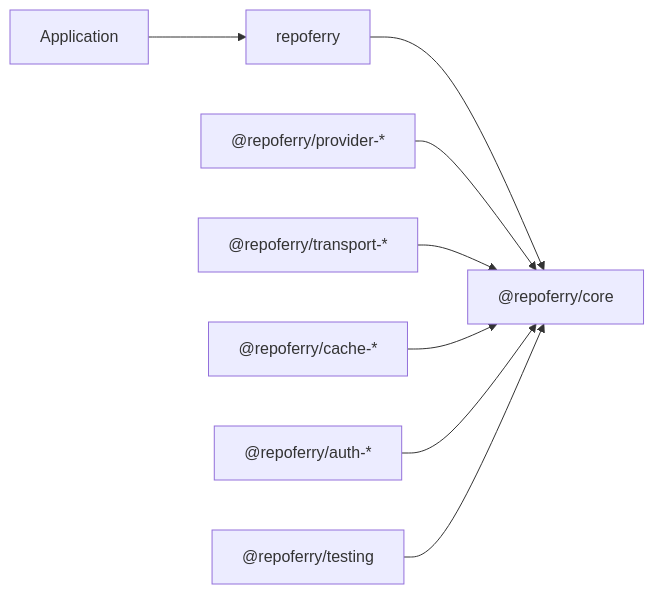
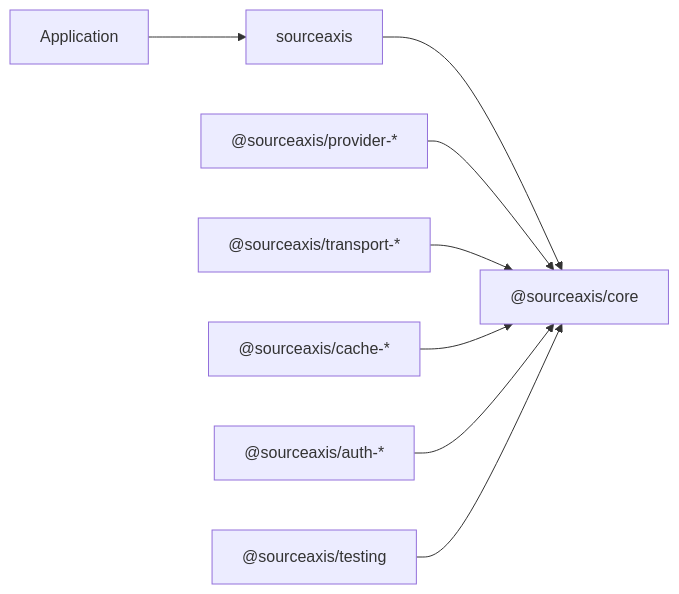
The fourth of 4 diagrams in docs/architecture/adr/ADR-003.md (mriduldey/git-bridge), drawn with Mermaid before and after one commit. The commit also changed other lines of this file and 118 other files, not shown here.

````diff
--- a/docs/architecture/adr/ADR-003.md
+++ b/docs/architecture/adr/ADR-003.md
@@ -685,29 +685,29 @@
 ```mermaid
 flowchart LR
 
 APP["Application"]
 
-ROOT["repoferry"]
+ROOT["sourceaxis"]
 
-CORE["@repoferry/core"]
+CORE["@sourceaxis/core"]
 
-PROVIDER["@repoferry/provider-*"]
+PROVIDER["@sourceaxis/provider-*"]
 
-TRANSPORT["@repoferry/transport-*"]
+TRANSPORT["@sourceaxis/transport-*"]
 
-CACHE["@repoferry/cache-*"]
+CACHE["@sourceaxis/cache-*"]
 
-AUTH["@repoferry/auth-*"]
+AUTH["@sourceaxis/auth-*"]
 
-TESTING["@repoferry/testing"]
+TESTING["@sourceaxis/testing"]
 
 APP --> ROOT
 
 ROOT --> CORE
 
 PROVIDER --> CORE
 TRANSPORT --> CORE
 CACHE --> CORE
 AUTH --> CORE
 TESTING --> CORE
 ```
````
